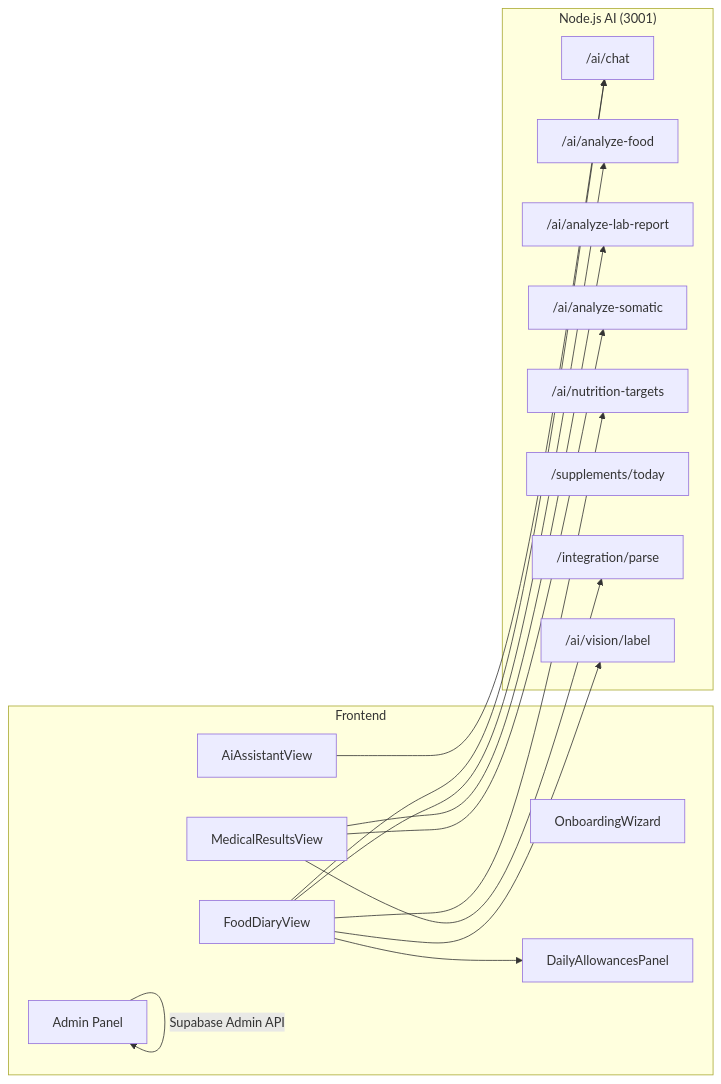
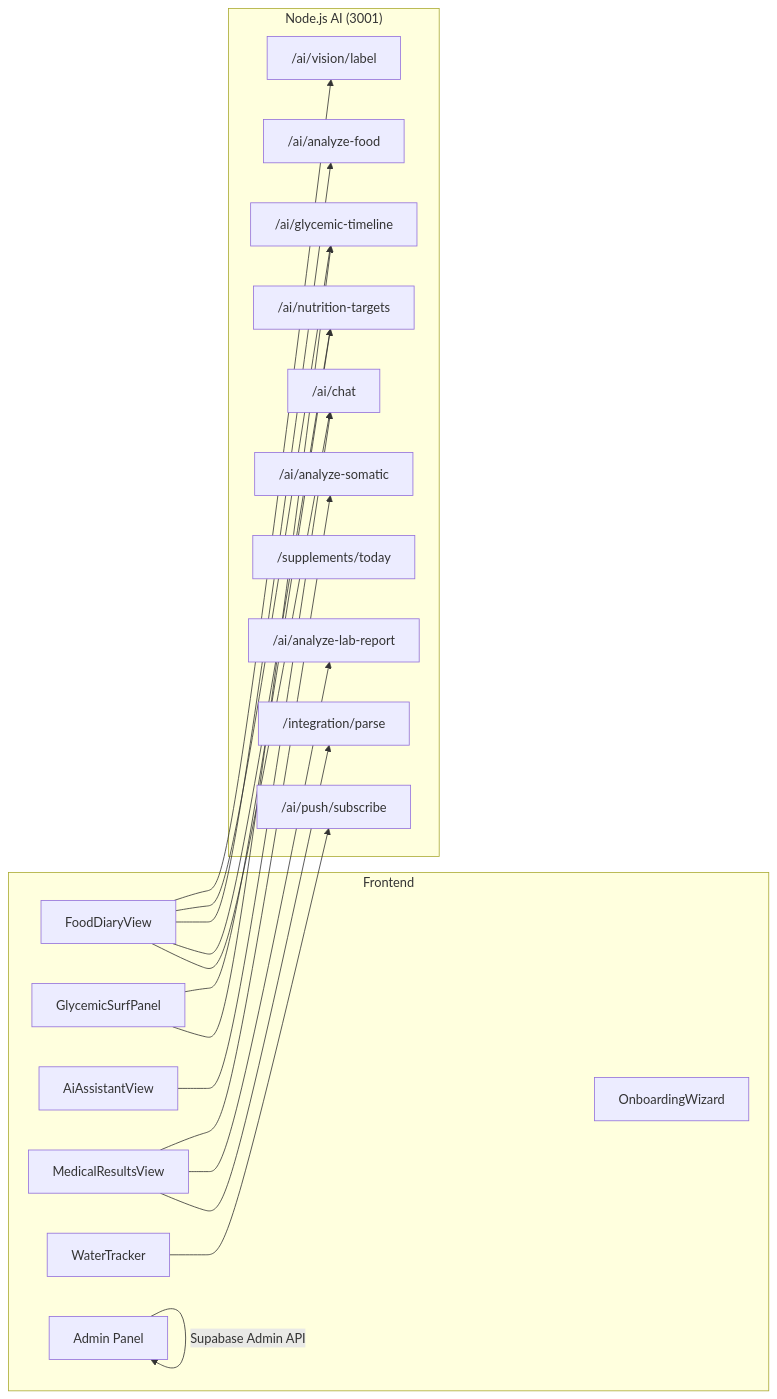
Before and after one commit to S4rikk/vitograph: the diagram in docs/frontend_components.md, drawn with Mermaid. The commit also changed other lines of this file and 12 other files, not shown here.

````diff
--- a/docs/frontend_components.md
+++ b/docs/frontend_components.md
@@ -170,33 +171,39 @@
 ```mermaid
 graph LR
     subgraph Frontend
         FDV[FoodDiaryView]
+        GSP[GlycemicSurfPanel]
         AAV[AiAssistantView]
         MRV[MedicalResultsView]
         OBW[OnboardingWizard]
-        DAP[DailyAllowancesPanel]
+        WT[WaterTracker]
         ADM[Admin Panel]
     end
 
     subgraph "Node.js AI (3001)"
         CHAT["/ai/chat"]
         FOOD["/ai/analyze-food"]
         LAB["/ai/analyze-lab-report"]
         SOM["/ai/analyze-somatic"]
         NT["/ai/nutrition-targets"]
+        GT["/ai/glycemic-timeline"]
         SUPP["/supplements/today"]
         INT_PARSE["/integration/parse"]
         LABEL["/ai/vision/label"]
+        PUSH["/ai/push/subscribe"]
     end
 
     FDV --> CHAT
     FDV --> NT
     FDV --> FOOD
+    FDV --> GT
+    GSP --> GT
+    GSP --> NT
     AAV --> CHAT
     MRV --> INT_PARSE
     MRV --> LAB
     MRV --> SOM
-    FDV --> DAP
     FDV --> LABEL
+    WT --> PUSH
     ADM --> |Supabase Admin API| ADM
 ```
````
